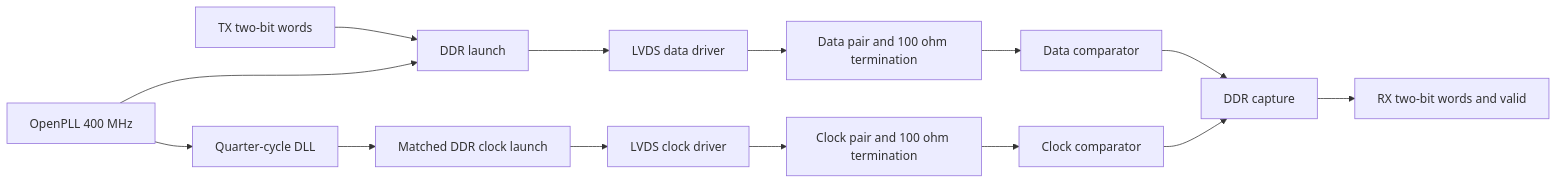
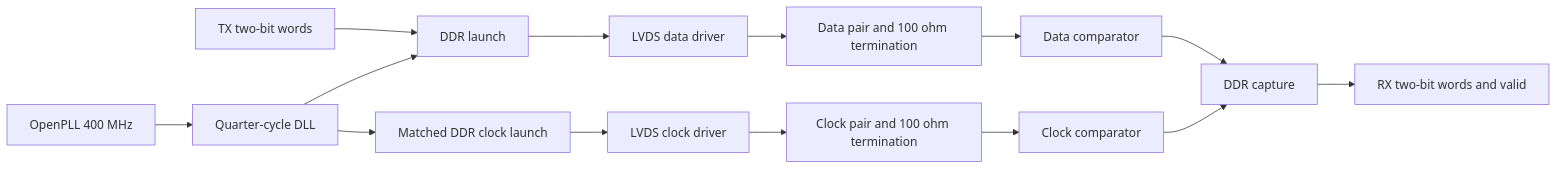
Before and after one commit to virtualsecureplatform/OpenLVDS: the diagram in docs/architecture.md, drawn with Mermaid. The commit also changed other lines of this file and 10 other files, not shown here.

````diff
--- a/docs/architecture.md
+++ b/docs/architecture.md
@@ -10,16 +10,16 @@
 ```mermaid
 flowchart LR
   PLL[OpenPLL 400 MHz] --> DLL[Quarter-cycle DLL]
   DATA[TX two-bit words] --> DDR[DDR launch]
-  PLL --> DDR
+  DLL --> DDR
   DDR --> TX[LVDS data driver]
   DLL --> FWD[Matched DDR clock launch]
   FWD --> CTX[LVDS clock driver]
   TX --> PCB[Data pair and 100 ohm termination]
   CTX --> CPCB[Clock pair and 100 ohm termination]
   PCB --> RX[Data comparator]
   CPCB --> CRX[Clock comparator]
   RX --> CAP[DDR capture]
   CRX --> CAP
   CAP --> WORDS[RX two-bit words and valid]
 ```
````
